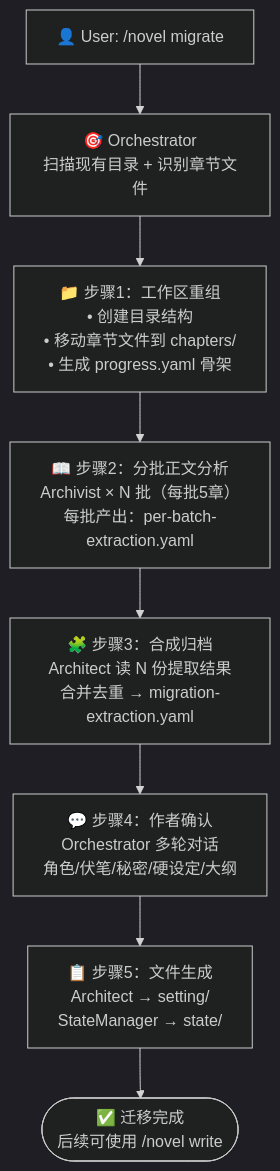
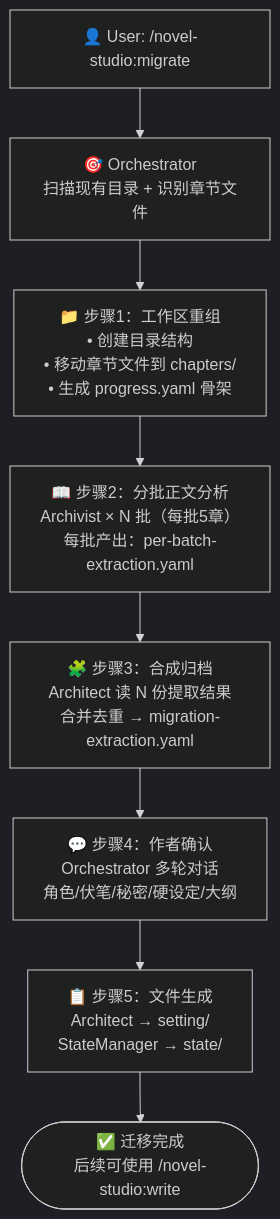
The diagram in workflows/migrate-project.md (deathwhispers/novel-studio), drawn with Mermaid (dark theme) before and after one commit. The commit also changed other lines of this file and 24 other files, not shown here.

````diff
--- a/workflows/migrate-project.md
+++ b/workflows/migrate-project.md
@@ -11,18 +11,18 @@
 ```mermaid
 flowchart TD
-    User["👤 User: /novel migrate"]
+    User["👤 User: /novel-studio:migrate"]
     Orchestrator["🎯 Orchestrator<br/>扫描现有目录 + 识别章节文件"]
 
     User --> Orchestrator
 
     Orchestrator --> Step1["📁 步骤1：工作区重组<br/>• 创建目录结构<br/>• 移动章节文件到 chapters/<br/>• 生成 progress.yaml 骨架"]
 
     Step1 --> Step2["📖 步骤2：分批正文分析<br/>Archivist × N 批（每批5章）<br/>每批产出：per-batch-extraction.yaml"]
 
     Step2 --> Step3["🧩 步骤3：合成归档<br/>Architect 读 N 份提取结果<br/>合并去重 → migration-extraction.yaml"]
 
     Step3 --> Step4["💬 步骤4：作者确认<br/>Orchestrator 多轮对话<br/>角色/伏笔/秘密/硬设定/大纲"]
 
     Step4 --> Step5["📋 步骤5：文件生成<br/>Architect → setting/<br/>StateManager → state/"]
-    Step5 --> Done(["✅ 迁移完成<br/>后续可使用 /novel write"])
+    Step5 --> Done(["✅ 迁移完成<br/>后续可使用 /novel-studio:write"])
 ```
````
